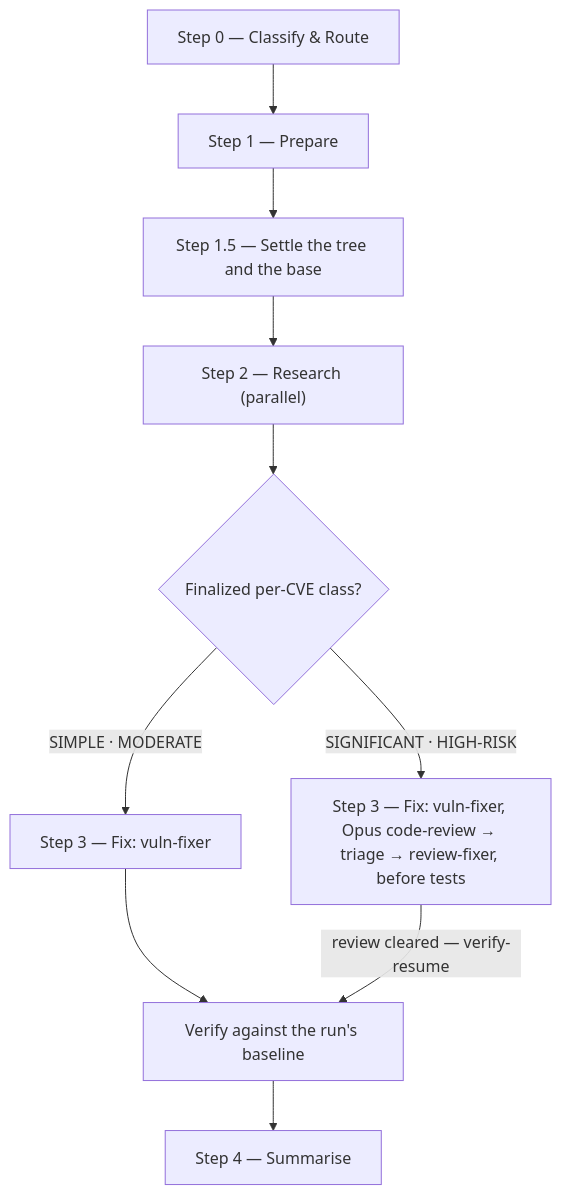
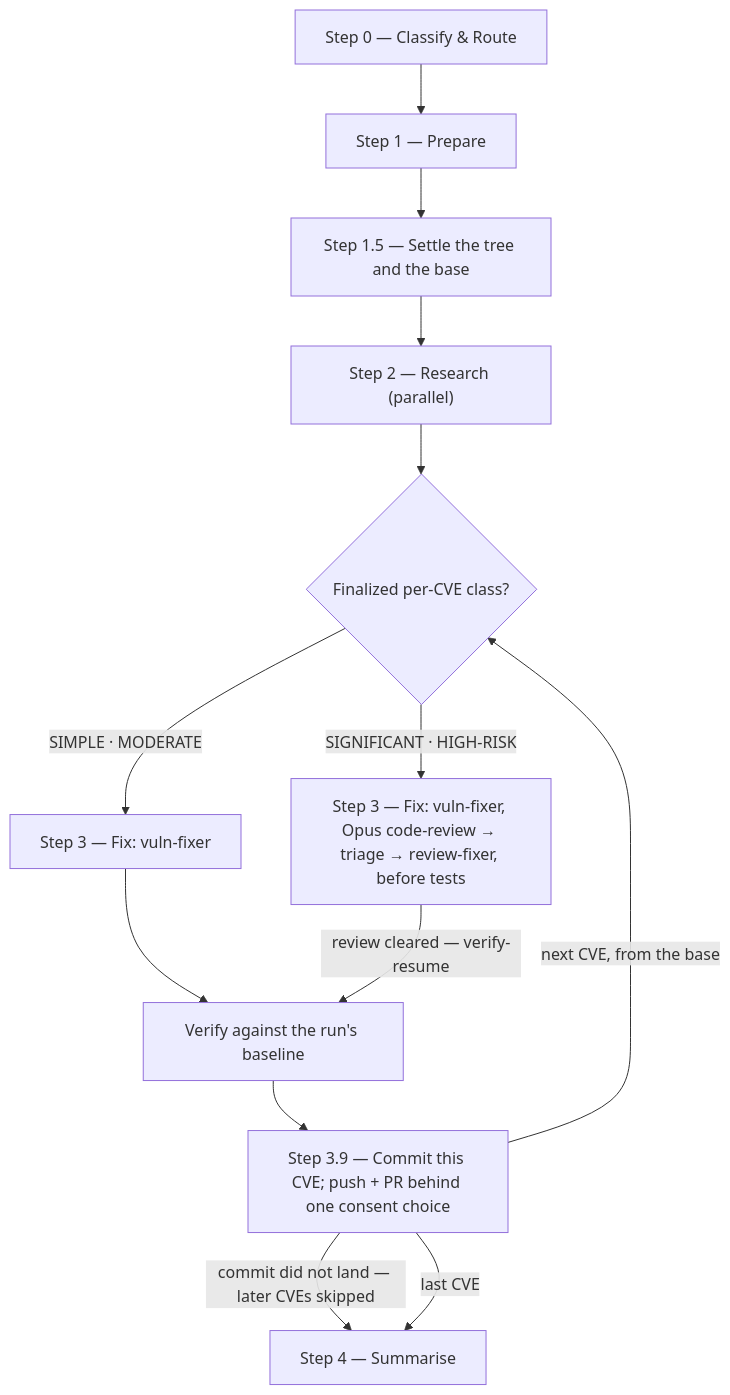
The diagram in plugins/dev-workflows/docs/commands/vuln.md (ihudak/ai-workflows), drawn with Mermaid before and after one commit. The commit also changed other lines of this file and 20 other files, not shown here.

````diff
--- a/plugins/dev-workflows/docs/commands/vuln.md
+++ b/plugins/dev-workflows/docs/commands/vuln.md
@@ -23,12 +23,15 @@
 ```mermaid
 flowchart TD
     s0["Step 0 — Classify & Route"] --> s1["Step 1 — Prepare"]
     s1 --> s15["Step 1.5 — Settle the tree and the base"]
     s15 --> s2["Step 2 — Research (parallel)"]
     s2 --> d1{"Finalized per-CVE class?"}
     d1 -->|"SIMPLE · MODERATE"| s3a["Step 3 — Fix: vuln-fixer"]
     d1 -->|"SIGNIFICANT · HIGH-RISK"| s3b["Step 3 — Fix: vuln-fixer, Opus code-review → triage → review-fixer, before tests"]
     s3a --> tv["Verify against the run's baseline"]
     s3b -->|"review cleared — verify-resume"| tv
-    tv --> s4["Step 4 — Summarise"]
+    tv --> s39["Step 3.9 — Commit this CVE; push + PR behind one consent choice"]
+    s39 -->|"next CVE, from the base"| d1
+    s39 -->|"commit did not land — later CVEs skipped"| s4["Step 4 — Summarise"]
+    s39 -->|"last CVE"| s4
 ```
````
